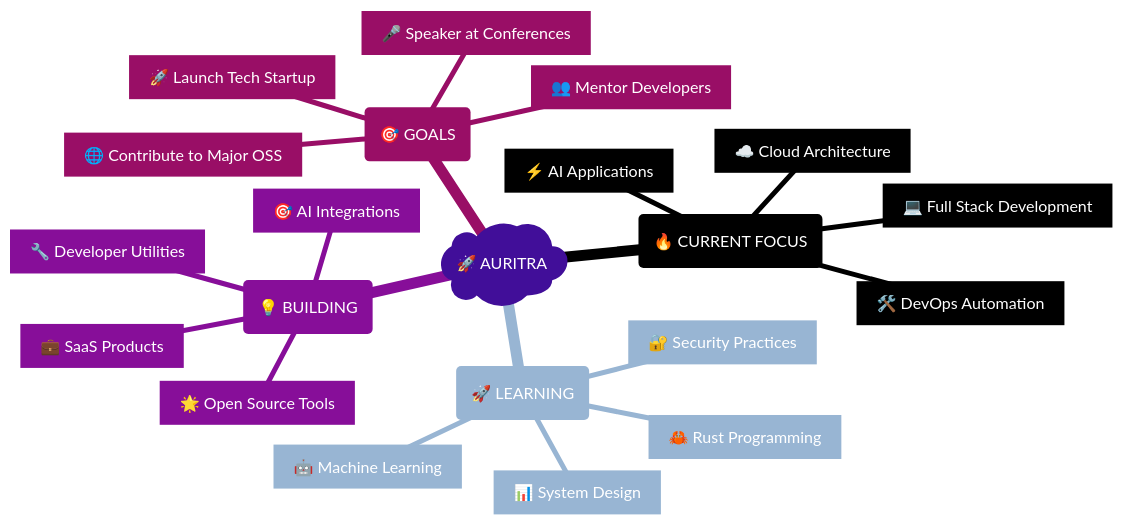
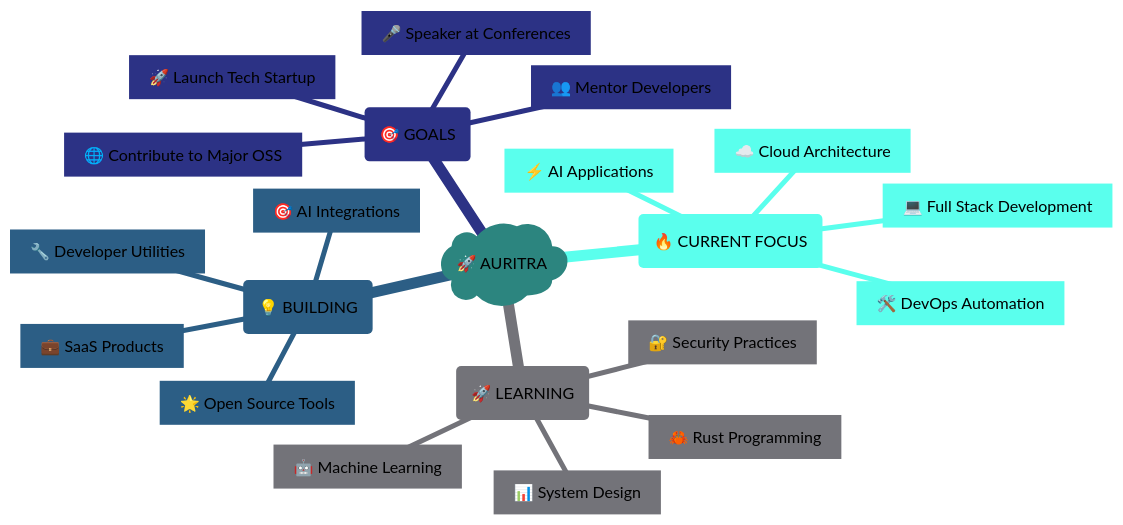
The diagram in README.md (auri-ap-cn/auri-ap-cn), drawn with Mermaid before and after one commit.

````diff
--- a/README.md
+++ b/README.md
@@ -218,25 +218,25 @@
 ```mermaid
-%%{init: {'theme':'base', 'themeVariables': {'background': '#ffffff', 'primaryColor': '#7c3aed', 'primaryTextColor': '#ffffff', 'primaryBorderColor': '#58a6ff', 'lineColor': '#64748b', 'secondaryColor': '#1e293b', 'tertiaryColor': '#f1f5f9', 'fontSize': '16px'}}}%%
+%%{init: {'theme':'base', 'themeVariables': {'background': '#ffffff', 'primaryColor': '#64CCC5', 'primaryTextColor': '#000000', 'primaryBorderColor': '#176B87', 'lineColor': '#04364A', 'secondaryColor': '#DAFFFB', 'tertiaryColor': '#B4B4B8', 'fontSize': '16px', 'fontFamily': 'Arial, sans-serif'}}}%%
 mindmap
   root)🚀 AURITRA(
     (🔥 CURRENT FOCUS)
       [⚡ AI Applications]
       [💻 Full Stack Development]
       [🛠️ DevOps Automation]
       [☁️ Cloud Architecture]
     (🚀 LEARNING)
       [🦀 Rust Programming]
       [🤖 Machine Learning]
       [📊 System Design]
       [🔐 Security Practices]
     (💡 BUILDING)
       [🌟 Open Source Tools]
       [💼 SaaS Products]
       [🔧 Developer Utilities]
       [🎯 AI Integrations]
     (🎯 GOALS)
       [🌐 Contribute to Major OSS]
       [🚀 Launch Tech Startup]
       [👥 Mentor Developers]
       [🎤 Speaker at Conferences]
 ```
````
